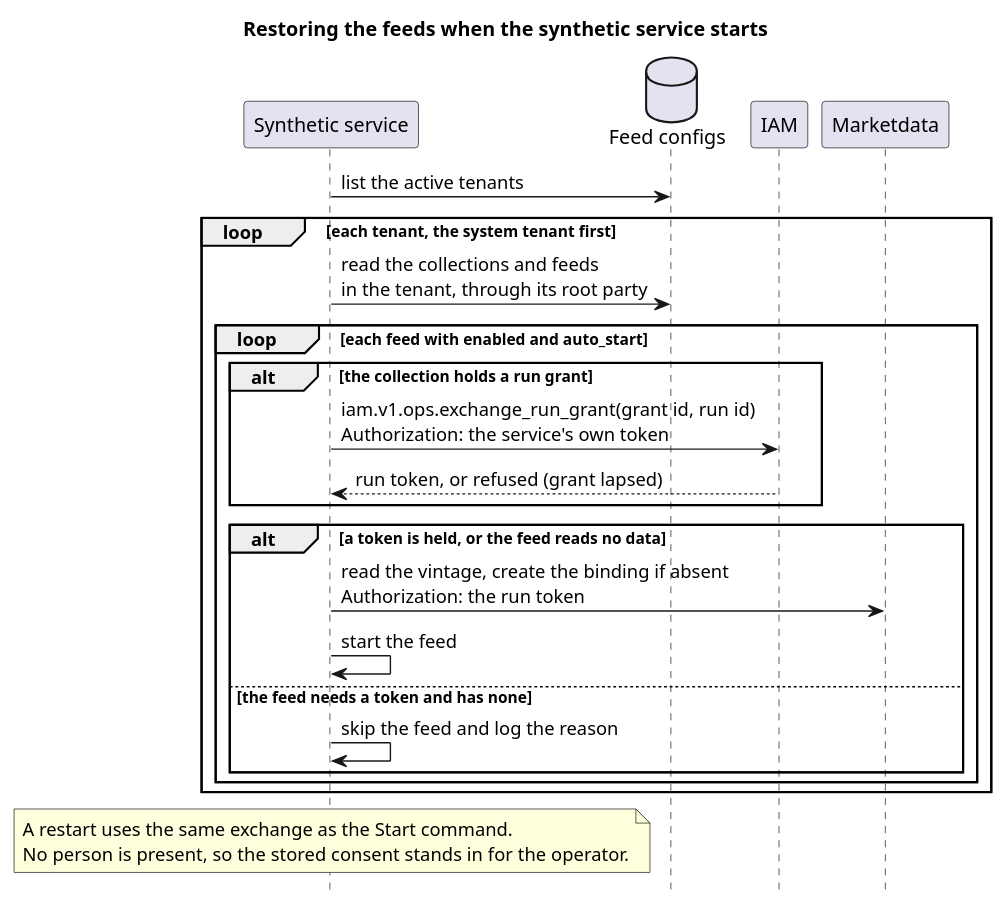
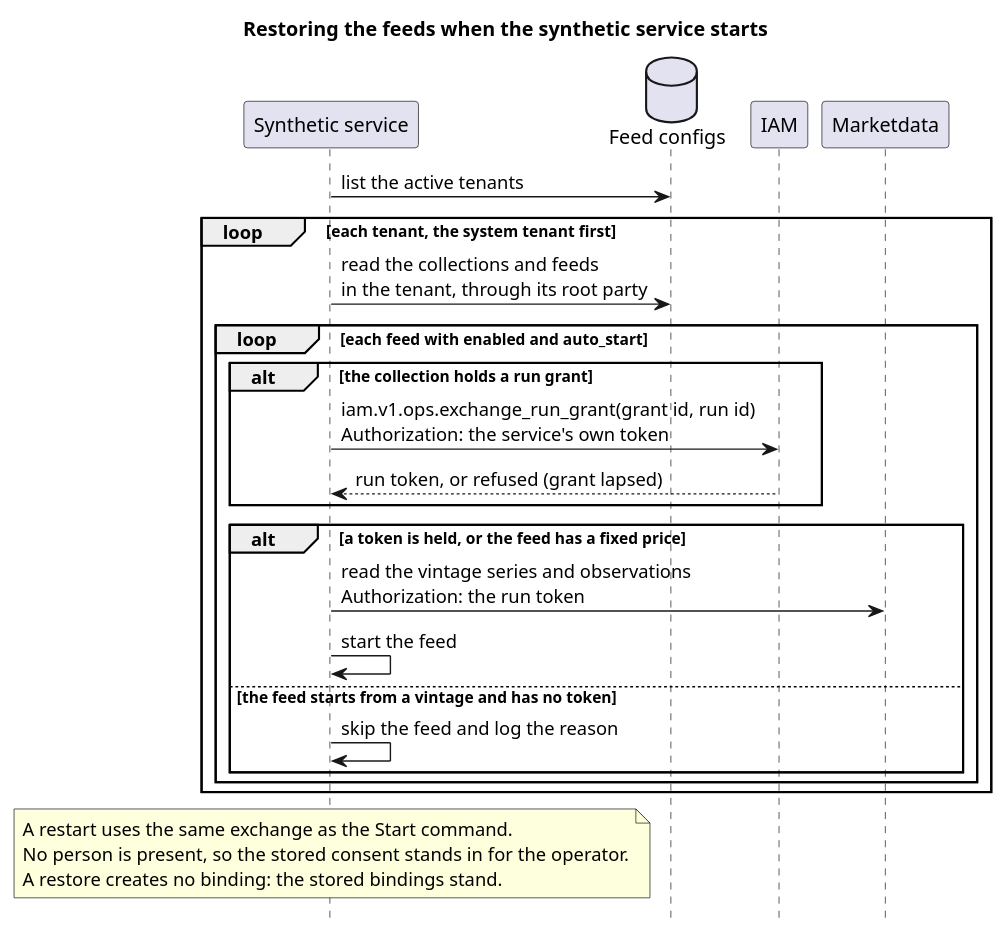
The diagram in doc/knowledge/architecture/feed_restore_sequence.puml (OreStudio/OreStudio), drawn with PlantUML before and after one commit. The commit also changed 11 other files, not shown here.

First line of the commit message:
[doc] Keep the feed binding the caller's subscription

```diff
--- a/doc/knowledge/architecture/feed_restore_sequence.puml
+++ b/doc/knowledge/architecture/feed_restore_sequence.puml
@@ -18,35 +18,36 @@
 @startuml
 
 title Restoring the feeds when the synthetic service starts
 
 hide footbox
 skinparam sequenceMessageAlign left
 
 participant "Synthetic service" as syn
 database "Feed configs" as db
 participant "IAM" as iam
 participant "Marketdata" as md
 
 syn -> db : list the active tenants
 loop each tenant, the system tenant first
     syn -> db : read the collections and feeds\nin the tenant, through its root party
     loop each feed with enabled and auto_start
         alt the collection holds a run grant
             syn -> iam : iam.v1.ops.exchange_run_grant(grant id, run id)\nAuthorization: the service's own token
             iam --> syn : run token, or refused (grant lapsed)
         end
-        alt a token is held, or the feed reads no data
-            syn -> md : read the vintage, create the binding if absent\nAuthorization: the run token
+        alt a token is held, or the feed has a fixed price
+            syn -> md : read the vintage series and observations\nAuthorization: the run token
             syn -> syn : start the feed
-        else the feed needs a token and has none
+        else the feed starts from a vintage and has no token
             syn -> syn : skip the feed and log the reason
         end
     end
 end
 
 note over syn
     A restart uses the same exchange as the Start command.
     No person is present, so the stored consent stands in for the operator.
+    A restore creates no binding: the stored bindings stand.
 end note
 
 @enduml
```
